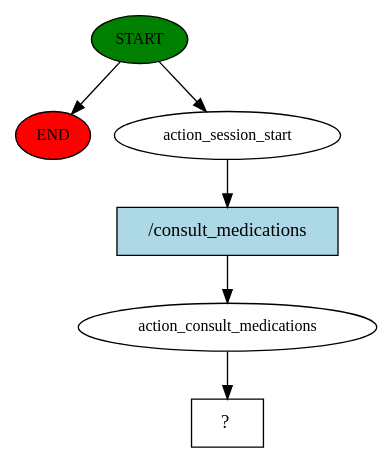
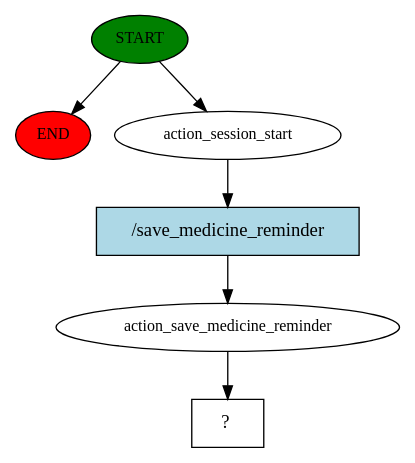
Before and after one commit to Ernesto1308/Nemo-Rasa-Voice-Asistance: the diagram in story_graph.dot, drawn with Graphviz. The commit also changed 542 other files, not shown here.

```diff
--- a/story_graph.dot
+++ b/story_graph.dot
@@ -1,13 +1,13 @@
 digraph  {
 0 [class="start active", fillcolor=green, fontsize=12, label=START, style=filled];
 "-1" [class=end, fillcolor=red, fontsize=12, label=END, style=filled];
 1 [class=active, fontsize=12, label=action_session_start];
-2 [class=active, fontsize=12, label=action_consult_medications];
+2 [class=active, fontsize=12, label=action_save_medicine_reminder];
 3 [class="intent dashed active", label="  ?  ", shape=rect];
-4 [class="intent active", fillcolor=lightblue, label="/consult_medications", shape=rect, style=filled];
+4 [class="intent active", fillcolor=lightblue, label="/save_medicine_reminder", shape=rect, style=filled];
 0 -> "-1"  [class="", key=NONE, label=""];
 0 -> 1  [class=active, key=NONE, label=""];
 1 -> 4  [class=active, key=0];
 2 -> 3  [class=active, key=NONE, label=""];
 4 -> 2  [class=active, key=0];
 }
```
